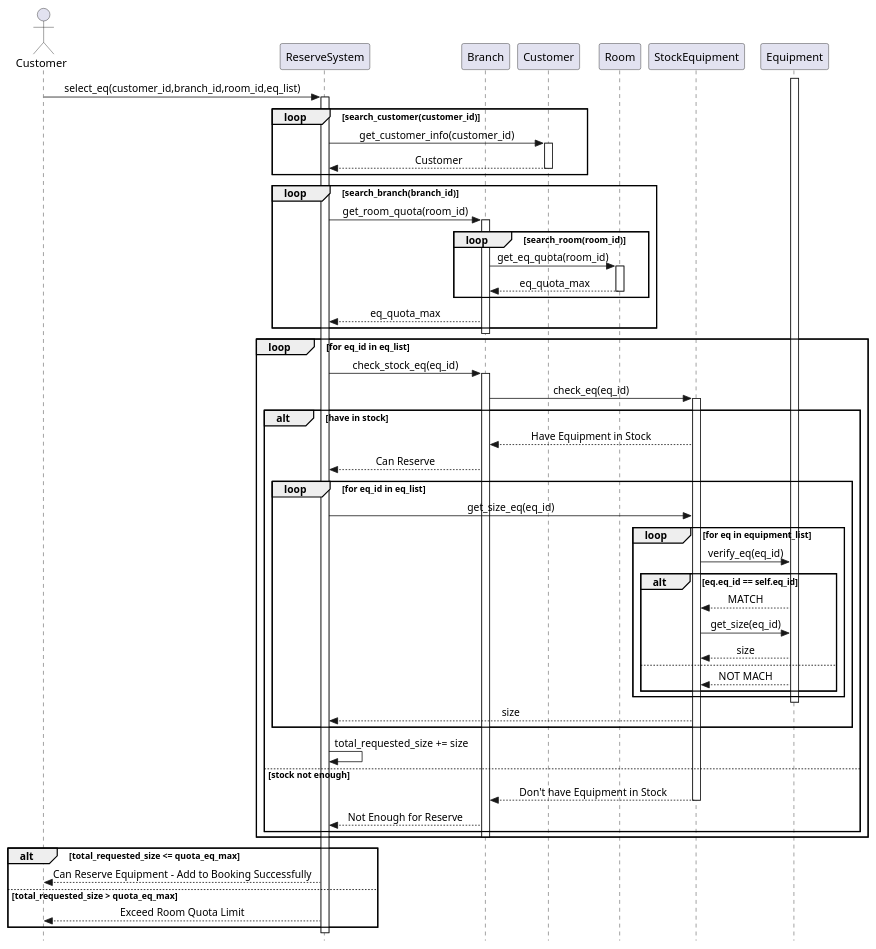
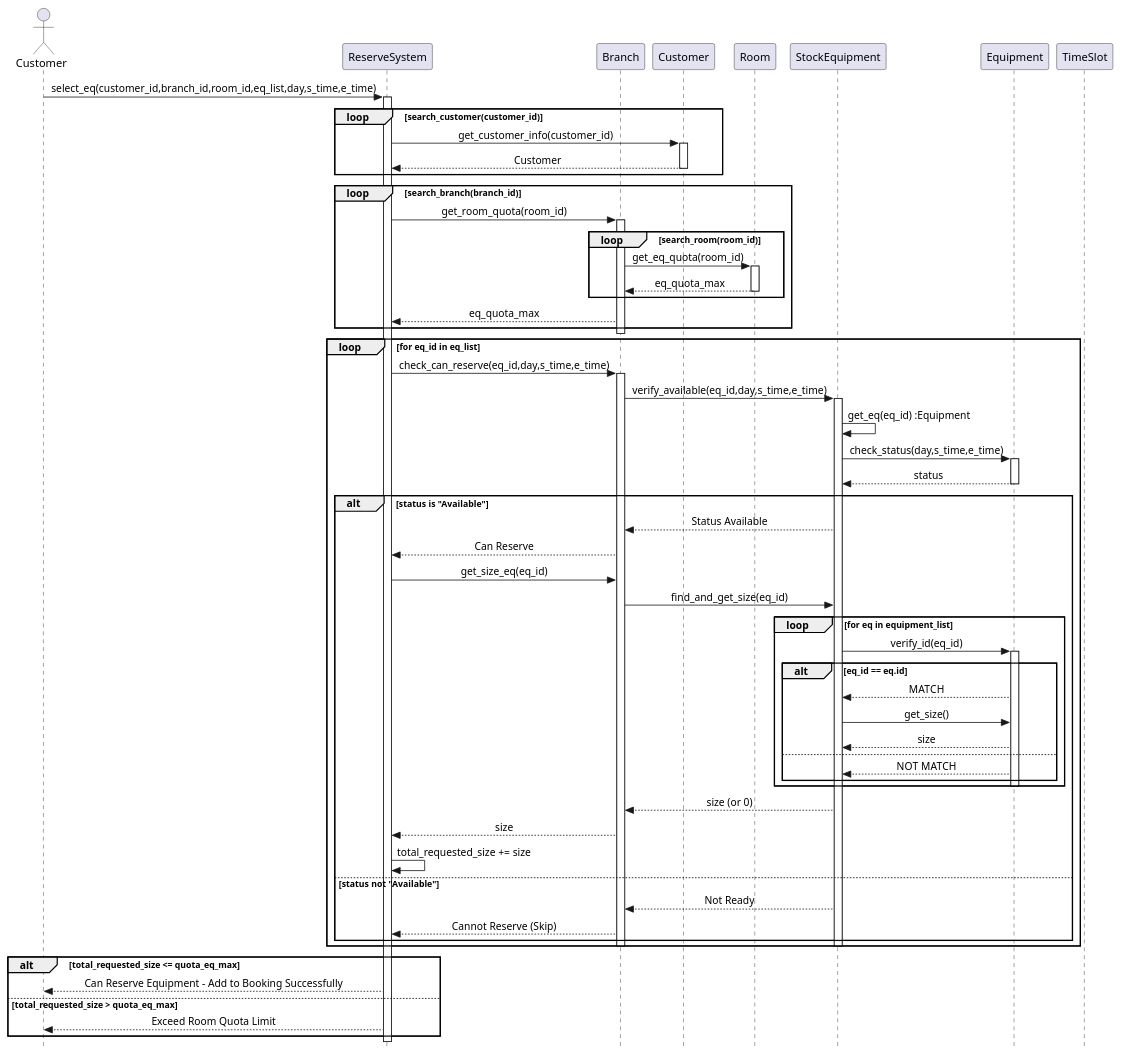
One commit to pjngth998/RhythmReserve changed the diagram in diagram/sequence_diagram/select_eq.puml. Above: the diagram before and after it, drawn with PlantUML. The commit also changed 1 other file, not shown here.

Commit message:
edit select eq

```diff
--- a/diagram/sequence_diagram/select_eq.puml
+++ b/diagram/sequence_diagram/select_eq.puml
@@ -1,87 +1,95 @@
 @startuml
 
 skinparam style strictuml
 skinparam sequenceMessageAlign center
 
 actor "Customer" as actor
 participant "ReserveSystem" as system
 participant "Branch" as branch
 participant "Customer" as customer
 participant "Room" as room
 participant "StockEquipment" as stock
 participant "Equipment" as eq
 ' participant "Booking" as booking
 ' participant "Service_IN" as sv_in
-' participant "TimeSlot" as timeslot
+participant "TimeSlot" as timeslot
 
-actor -> system : select_eq(customer_id,branch_id,room_id,eq_list)
+actor -> system : select_eq(customer_id,branch_id,room_id,eq_list,day,s_time,e_time)
 activate system
 loop search_customer(customer_id)
-    system -> customer : get_customer_info(customer_id)    
+    system -> customer : get_customer_info(customer_id)
     activate customer
     customer --> system : Customer
     deactivate customer
 end
 loop search_branch(branch_id)
     system -> branch : get_room_quota(room_id)
     activate branch
     loop search_room(room_id)
                 branch -> room : get_eq_quota(room_id)
                 activate room
                 room --> branch : eq_quota_max
                 deactivate room
     end
     branch --> system : eq_quota_max
 end
 deactivate branch
 loop for eq_id in eq_list
-    system -> branch : check_stock_eq(eq_id)
+    ' --- ขั้นตอนที่ 1: การตรวจสอบ (Check) ---
+    system -> branch : check_can_reserve(eq_id,day,s_time,e_time)
     activate branch
-    branch -> stock : check_eq(eq_id)
+    branch -> stock : verify_available(eq_id,day,s_time,e_time)
     activate stock
+    stock -> stock : get_eq(eq_id) :Equipment
+    ' stock --> stock : Equipment
+    ' eq--> stock : Equipment
+    stock -> eq : check_status(day,s_time,e_time)
+    activate eq
+    eq --> stock : status
+    deactivate eq
 
-    ' stock -> eq : get_eq(eq_id)
-    ' activate eq
-    ' eq --> stock : Equipment
-    ' deactivate eq
+    alt status is "Available"
+        stock --> branch : Status Available
+        branch --> system : Can Reserve
+        
+        ' --- ขั้นตอนที่ 2: การดึงข้อมูล (Get) เมื่อตรวจสอบผ่านแล้ว ---
+        system -> branch : get_size_eq(eq_id)
+        branch -> stock : find_and_get_size(eq_id)
+        
+        loop for eq in equipment_list
+            stock -> eq : verify_id(eq_id)
+            activate eq
+            alt eq_id == eq.id
+                eq --> stock : MATCH
+                stock -> eq : get_size()
+                eq --> stock : size
+            else
+                eq --> stock : NOT MATCH
+            end
+            deactivate eq
+        end
+        
+        stock --> branch : size (or 0)
+        branch --> system : size
+        system -> system : total_requested_size += size
+        
+    else status not "Available"
+        stock --> branch : Not Ready
+        branch --> system : Cannot Reserve (Skip)
+    end
     
-    alt have in stock
-        stock --> branch : Have Equipment in Stock
-        ' deactivate stock
-        branch --> system : Can Reserve
-        loop for eq_id in eq_list
-            ' system -> branch : calculate_quota
-            system -> stock : get_size_eq(eq_id)
-            ' activate stock
-            loop for eq in equipment_list
-                stock -> eq : verify_eq(eq_id)
-                alt eq.eq_id == self.eq_id
-                    eq --> stock : MATCH
-                    stock -> eq : get_size(eq_id)
-                    eq --> stock : size
-                else
-                    eq --> stock : NOT MACH
-                end
-            end
-            activate eq
-            deactivate eq
-            stock --> system : size
-        end
-        system -> system : total_requested_size += size
-    else stock not enough
-        stock --> branch : Don't have Equipment in Stock
-        deactivate stock
-        branch --> system : Not Enough for Reserve
-    end
+    deactivate stock
     deactivate branch
 end
+activate branch
+
 
 alt total_requested_size <= quota_eq_max
     system --> actor : Can Reserve Equipment - Add to Booking Successfully
 else total_requested_size > quota_eq_max
     system --> actor : Exceed Room Quota Limit
 end
 
 deactivate system
 
 @enduml
```
